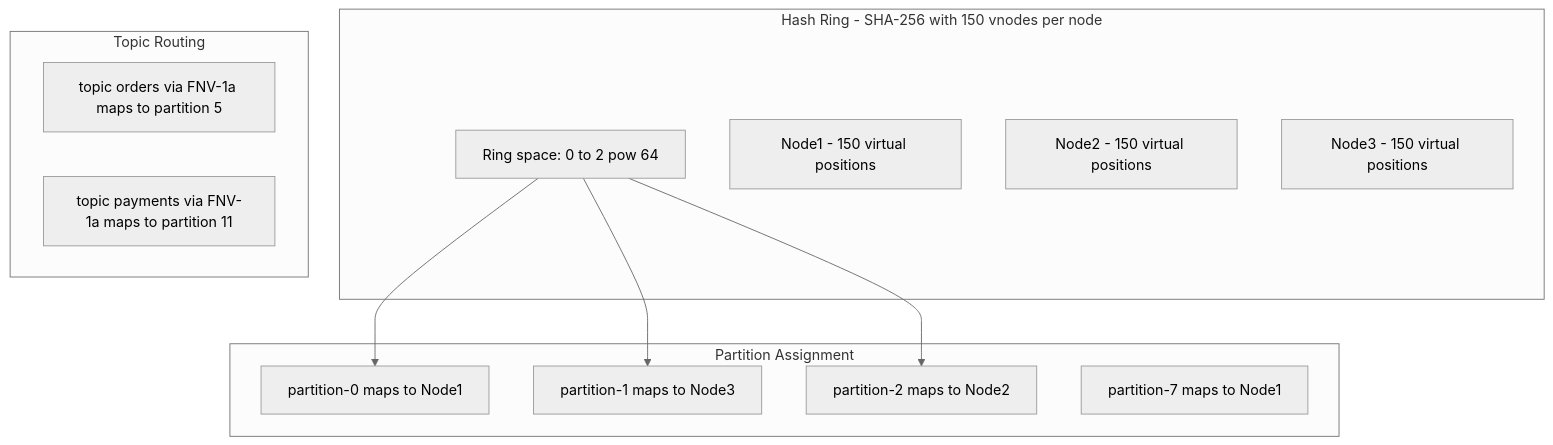
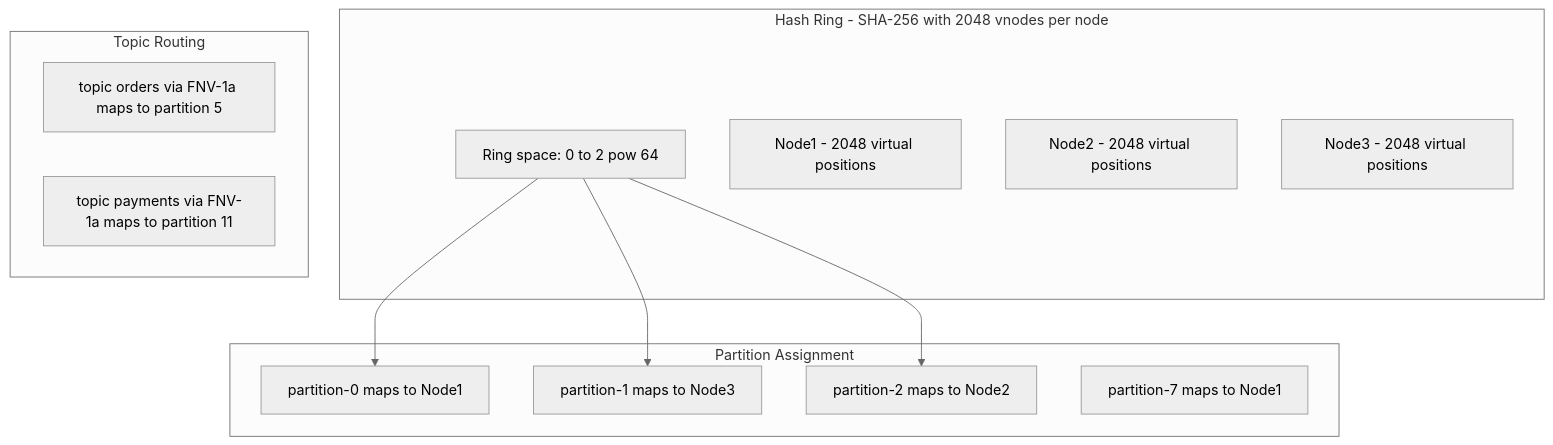
Before and after one commit to jatin711-debug/cronos_db_golang: diagram 31 of 47 in ARCHITECTURE.md, drawn with Mermaid (neutral theme). The commit also changed other lines of this file and 39 other files, not shown here.

````diff
--- a/ARCHITECTURE.md
+++ b/ARCHITECTURE.md
@@ -970,25 +970,25 @@
 ```mermaid
 graph TB
-    subgraph Hash Ring - SHA-256 with 150 vnodes per node
+    subgraph Hash Ring - SHA-256 with 2048 vnodes per node
         RING[Ring space: 0 to 2 pow 64]
-        VN1[Node1 - 150 virtual positions]
-        VN2[Node2 - 150 virtual positions]
-        VN3[Node3 - 150 virtual positions]
+        VN1[Node1 - 2048 virtual positions]
+        VN2[Node2 - 2048 virtual positions]
+        VN3[Node3 - 2048 virtual positions]
     end
 
     subgraph Partition Assignment
         PA[partition-0 maps to Node1]
         PB[partition-1 maps to Node3]
         PC[partition-2 maps to Node2]
         PD[partition-7 maps to Node1]
     end
 
     subgraph Topic Routing
         TR[topic orders via FNV-1a maps to partition 5]
         TR2[topic payments via FNV-1a maps to partition 11]
     end
 
     RING --> PA
     RING --> PB
     RING --> PC
 ```
````
